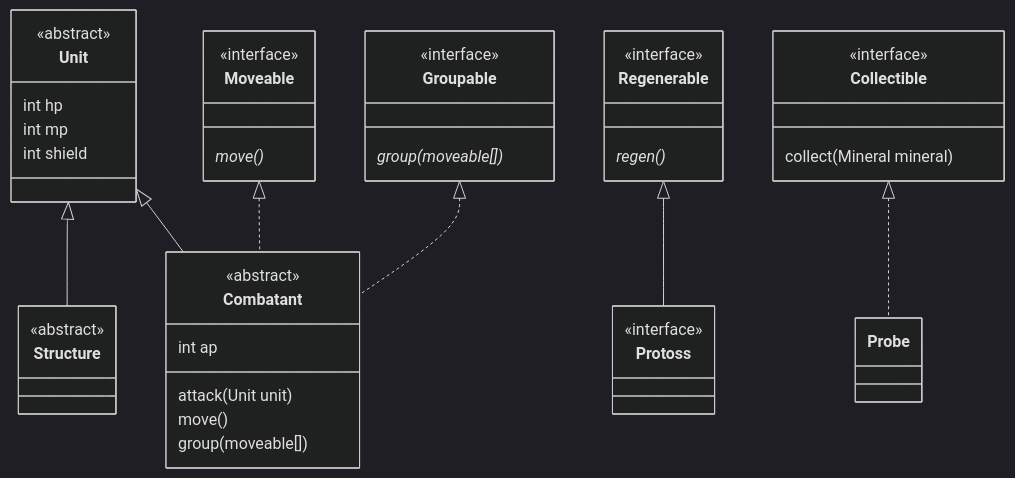
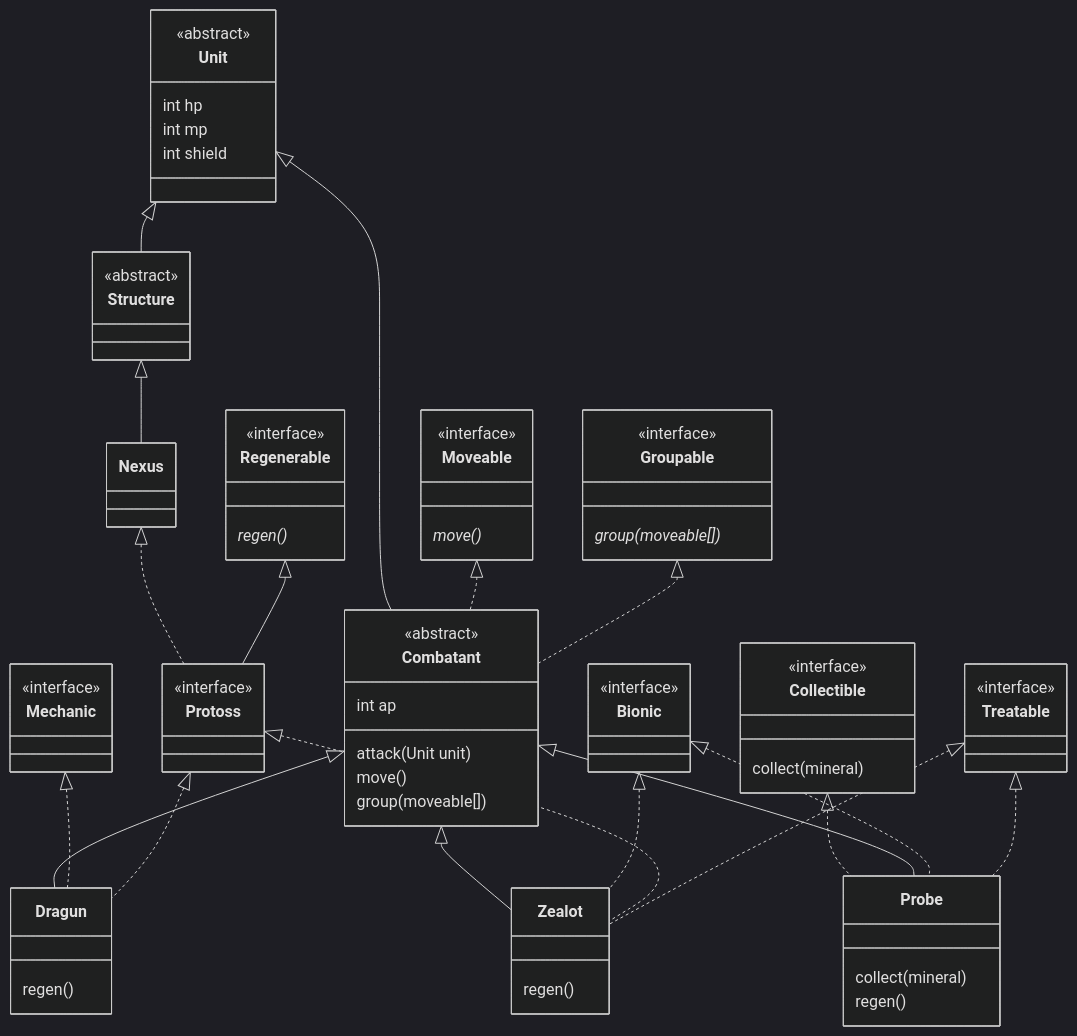
One commit to choiexe1/local changed the third of 3 diagrams in Daily/2025-03-20.md. Above: the diagram before and after it, drawn with Mermaid (dark theme). The commit also changed 1 other file, not shown here.

Commit message:
vault backup: 2025-03-20 21:23:32

````diff
--- a/Daily/2025-03-20.md
+++ b/Daily/2025-03-20.md
@@ -229,14 +229,54 @@
 
 class Collectible {
 	<<interface>>
-	collect(Mineral mineral)
+	collect(mineral)
+}
+
+class Probe {
+	collect(mineral)
+	regen()
+}
+
+class Zealot {
+	regen()
+}
+
+class Dragun {
+	regen()
+}
+
+class Bionic {
+	<<interface>>
+}
+
+class Mechanic {
+	<<interface>>
+}
+
+class Treatable {
+	<<interface>>
 }
 
 Unit <|-- Structure
 Unit <|-- Combatant
+Structure <|-- Nexus
+Nexus <|.. Protoss
 Moveable <|.. Combatant
 Groupable <|.. Combatant
 Regenerable <|-- Protoss
 Collectible <|.. Probe
+Combatant <|-- Probe
+Combatant <|-- Zealot
+Combatant <|-- Dragun
+
+Bionic <|.. Probe
+Bionic <|.. Zealot
+Mechanic <|.. Dragun
+
+Protoss <|.. Zealot
+Protoss <|.. Dragun
+
+Treatable <|.. Probe
+Treatable <|.. Zealot
 
 ```
````
